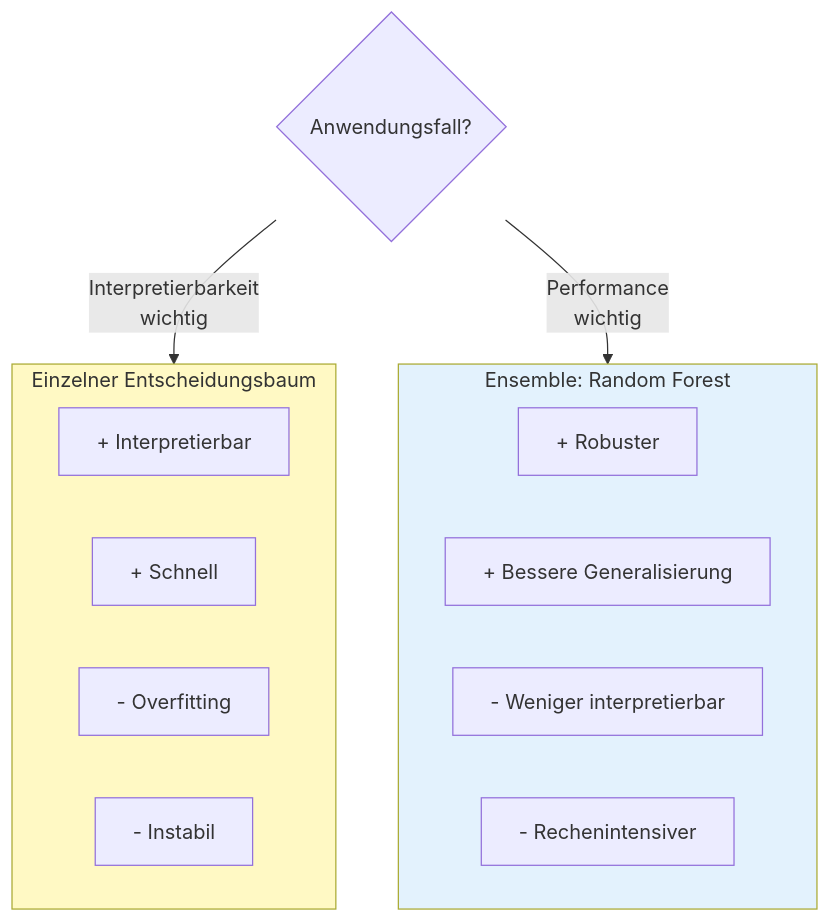
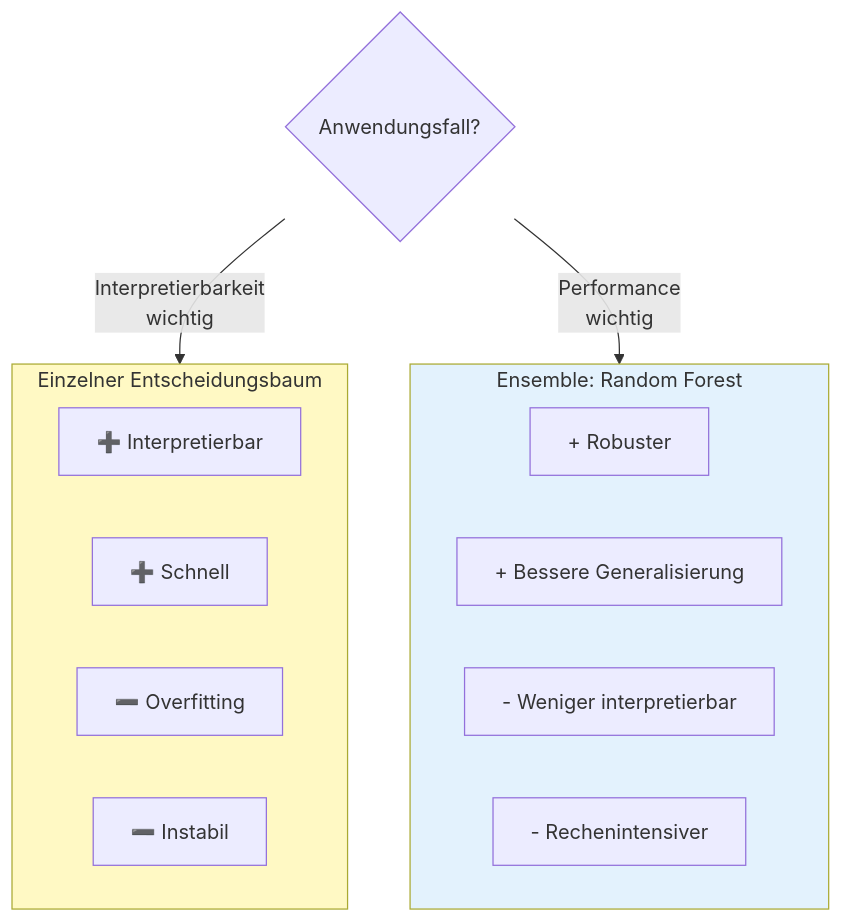
One commit to ralf-42/ML_Intro changed the sixth of 7 diagrams in docs/concepts/modeling/decision_tree.md. Above: the diagram before and after it, drawn with Mermaid. The commit also changed 8 other files, not shown here.

````diff
--- a/docs/concepts/modeling/decision_tree.md
+++ b/docs/concepts/modeling/decision_tree.md
@@ -365,23 +365,23 @@
 ```mermaid
 flowchart TB
     subgraph single["Einzelner Entscheidungsbaum"]
-        S1["+ Interpretierbar"]
-        S2["+ Schnell"]
-        S3["- Overfitting"]
-        S4["- Instabil"]
+        S1["➕ Interpretierbar"]
+        S2["➕ Schnell"]
+        S3["➖ Overfitting"]
+        S4["➖ Instabil"]
     end
     
     subgraph ensemble["Ensemble: Random Forest"]
         E1["+ Robuster"]
         E2["+ Bessere Generalisierung"]
         E3["- Weniger interpretierbar"]
         E4["- Rechenintensiver"]
     end
     
     A{"Anwendungsfall?"}
     A -->|"Interpretierbarkeit<br/>wichtig"| single
     A -->|"Performance<br/>wichtig"| ensemble
     
     style single fill:#fff9c4
     style ensemble fill:#e3f2fd
 ```
````
